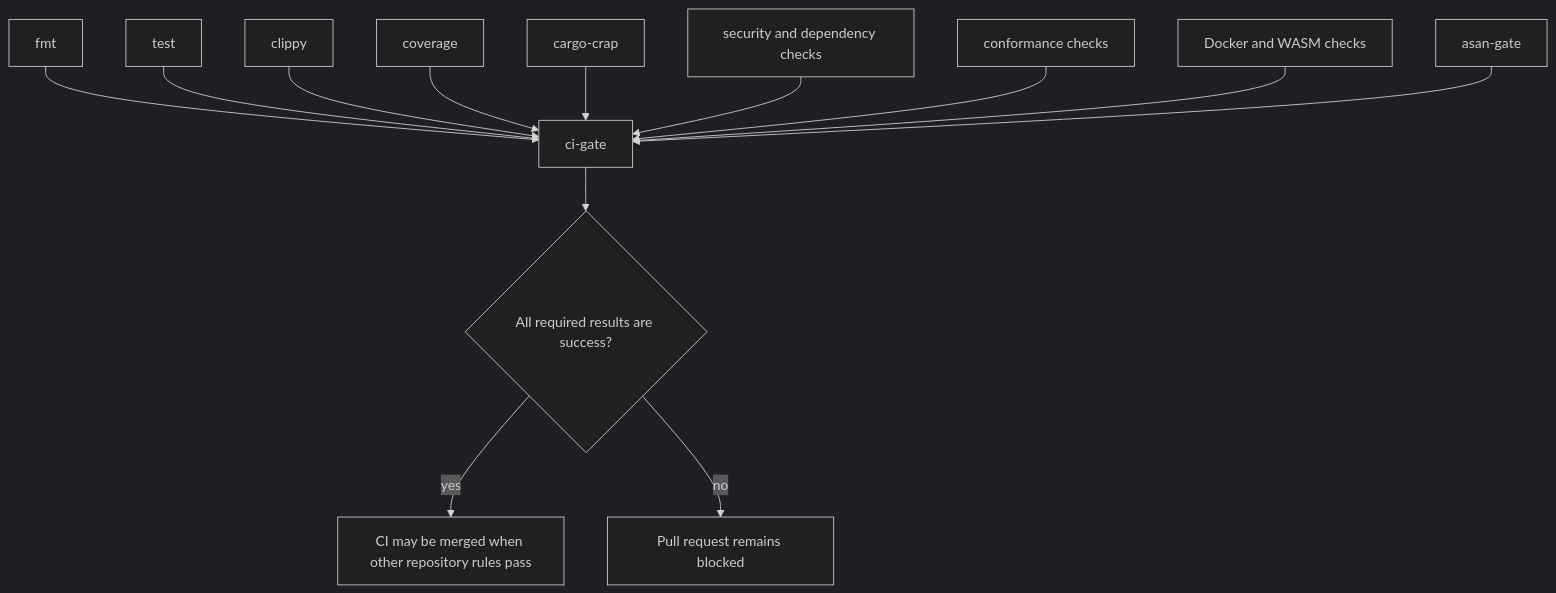
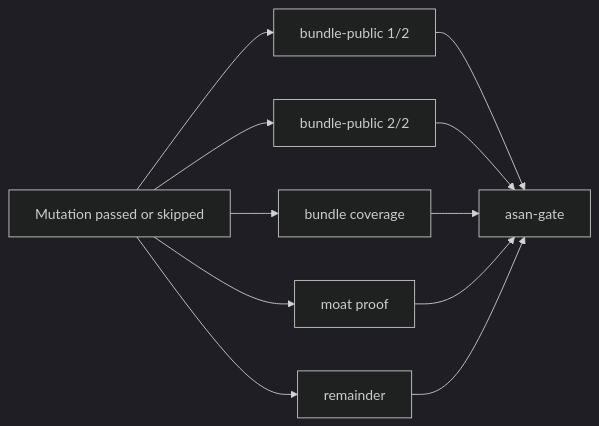
Before and after one commit to arceushui/pigloros: the tenth of 14 diagrams in CONTRIBUTING.md, drawn with Mermaid (dark theme). The commit also changed other lines of this file and 10 other files, not shown here.

Commit message:
ci: stage expensive pull request gates

````diff
--- a/CONTRIBUTING.md
+++ b/CONTRIBUTING.md
@@ -212,15 +276,13 @@
 ```mermaid
-flowchart TD
-    B1["fmt"] --> G["ci-gate"]
-    B2["test"] --> G
-    B3["clippy"] --> G
-    B4["coverage"] --> G
-    B5["cargo-crap"] --> G
-    B6["security and dependency checks"] --> G
-    B7["conformance checks"] --> G
-    B8["Docker and WASM checks"] --> G
-    B9["asan-gate"] --> G
-    G --> M{"All required results are success?"}
-    M -->|"yes"| P["CI may be merged when other repository rules pass"]
-    M -->|"no"| F["Pull request remains blocked"]
+flowchart LR
+    M["Mutation passed or skipped"] --> P1["bundle-public 1/2"]
+    M --> P2["bundle-public 2/2"]
+    M --> C["bundle coverage"]
+    M --> O["moat proof"]
+    M --> R["remainder"]
+    P1 --> G["asan-gate"]
+    P2 --> G
+    C --> G
+    O --> G
+    R --> G
 ```
````
